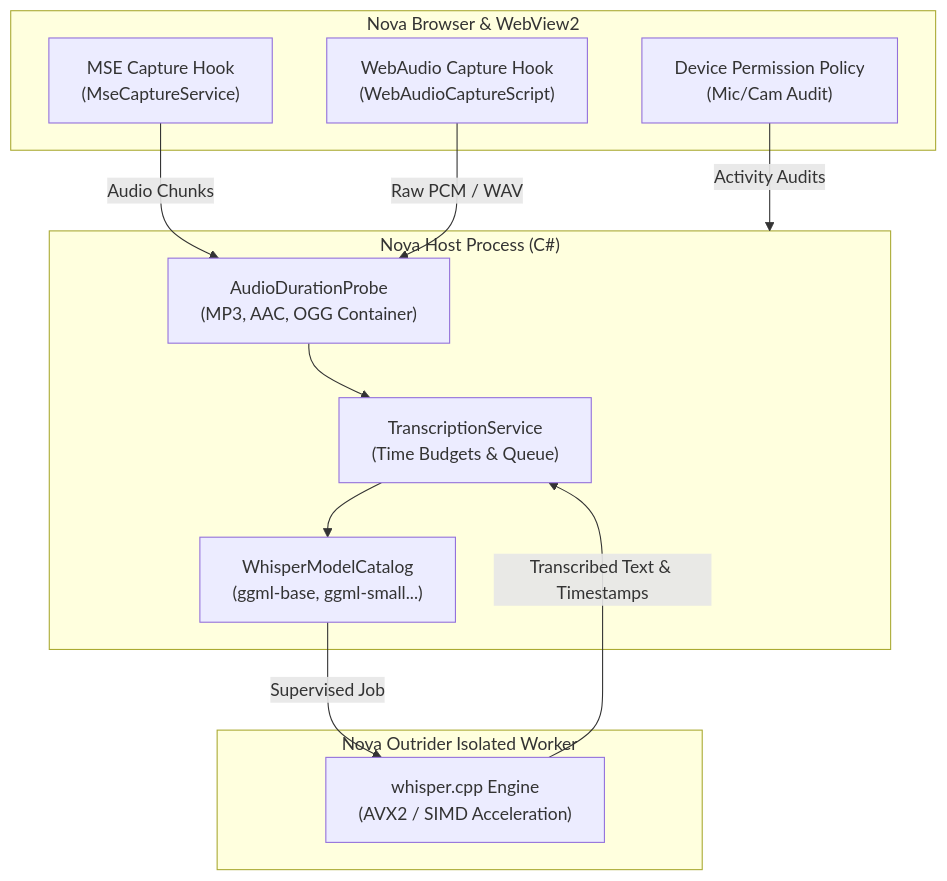
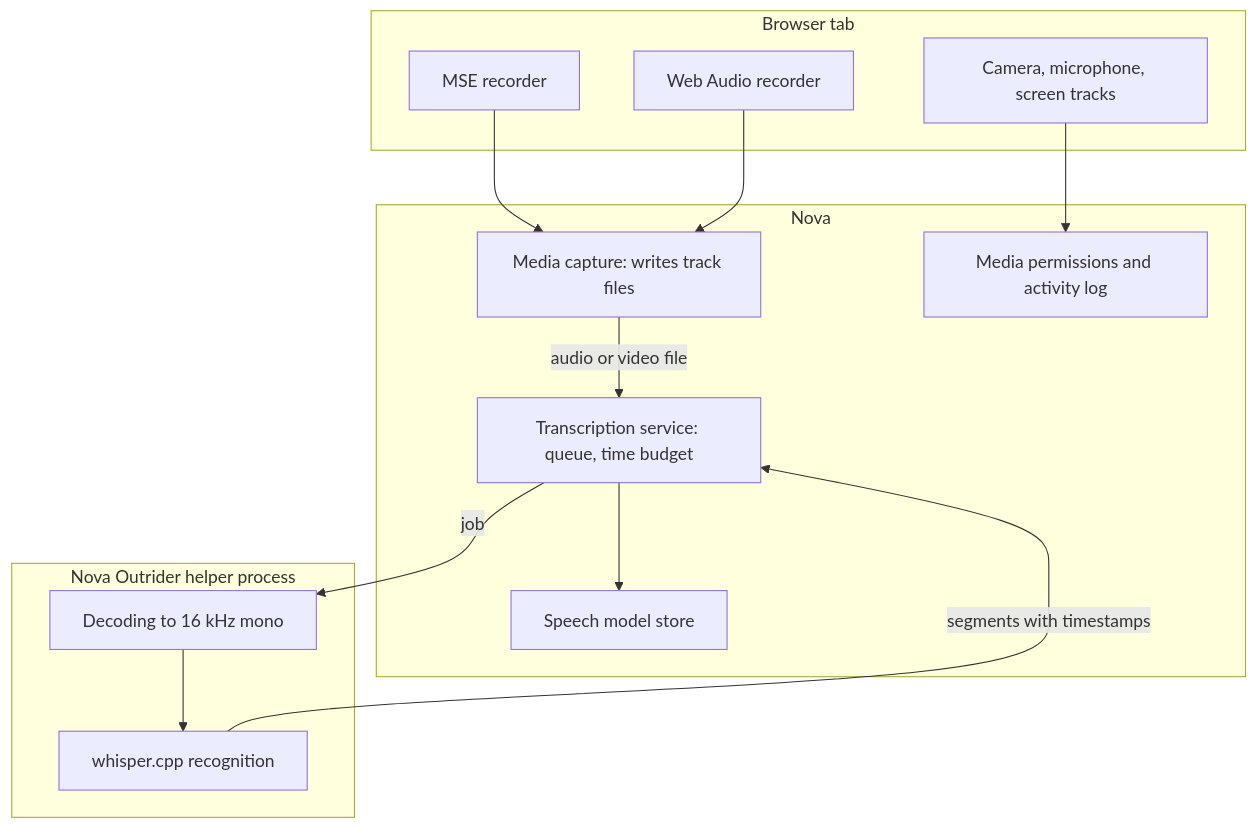
The diagram in docs/core-features/media-intelligence.md (joelaniol/nova), drawn with Mermaid before and after one commit. The commit also changed other lines of this file and 495 other files, not shown here.

````diff
--- a/docs/core-features/media-intelligence.md
+++ b/docs/core-features/media-intelligence.md
@@ -21,26 +21,29 @@
 ```mermaid
 flowchart TD
-    subgraph Browser["Nova Browser & WebView2"]
-        MSE["MSE Capture Hook<br>(MseCaptureService)"]
-        WebAudio["WebAudio Capture Hook<br>(WebAudioCaptureScript)"]
-        DevicePolicy["Device Permission Policy<br>(Mic/Cam Audit)"]
+    subgraph Tab["Browser tab"]
+        MSE["MSE recorder"]
+        WebAudio["Web Audio recorder"]
+        Tracks["Camera, microphone, screen tracks"]
     end
 
-    subgraph HostCore["Nova Host Process (C#)"]
-        TransService["TranscriptionService<br>(Time Budgets & Queue)"]
-        ModelCatalog["WhisperModelCatalog<br>(ggml-base, ggml-small...)"]
-        DurationProbe["AudioDurationProbe<br>(MP3, AAC, OGG Container)"]
+    subgraph Host["Nova"]
+        Capture["Media capture: writes track files"]
+        Trans["Transcription service: queue, time budget"]
+        Models["Speech model store"]
+        Perms["Media permissions and activity log"]
     end
 
-    subgraph OutriderWorker["Nova Outrider Isolated Worker"]
-        WhisperNative["whisper.cpp Engine<br>(AVX2 / SIMD Acceleration)"]
+    subgraph Outrider["Nova Outrider helper process"]
+        Decode["Decoding to 16 kHz mono"]
+        Whisper["whisper.cpp recognition"]
     end
 
-    MSE -->|Audio Chunks| DurationProbe
-    WebAudio -->|Raw PCM / WAV| DurationProbe
-    DurationProbe --> TransService
-    TransService --> ModelCatalog
-    ModelCatalog -->|Supervised Job| WhisperNative
-    WhisperNative -->|Transcribed Text & Timestamps| TransService
-    DevicePolicy -->|Activity Audits| HostCore
+    MSE --> Capture
+    WebAudio --> Capture
+    Capture -->|audio or video file| Trans
+    Trans --> Models
+    Trans -->|job| Decode
+    Decode --> Whisper
+    Whisper -->|segments with timestamps| Trans
+    Tracks --> Perms
 ```
````
